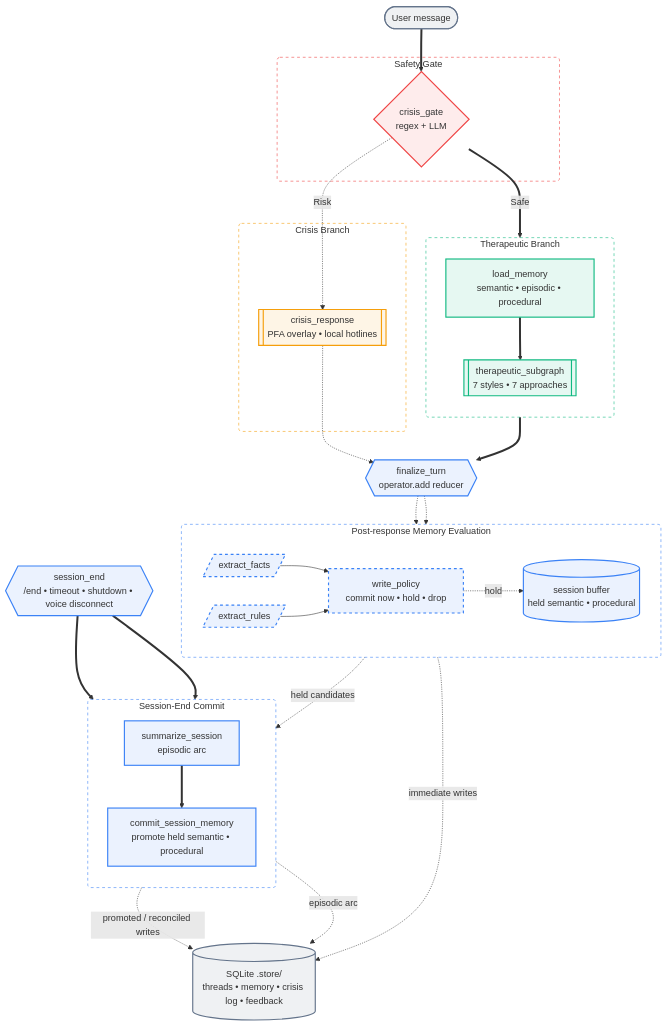
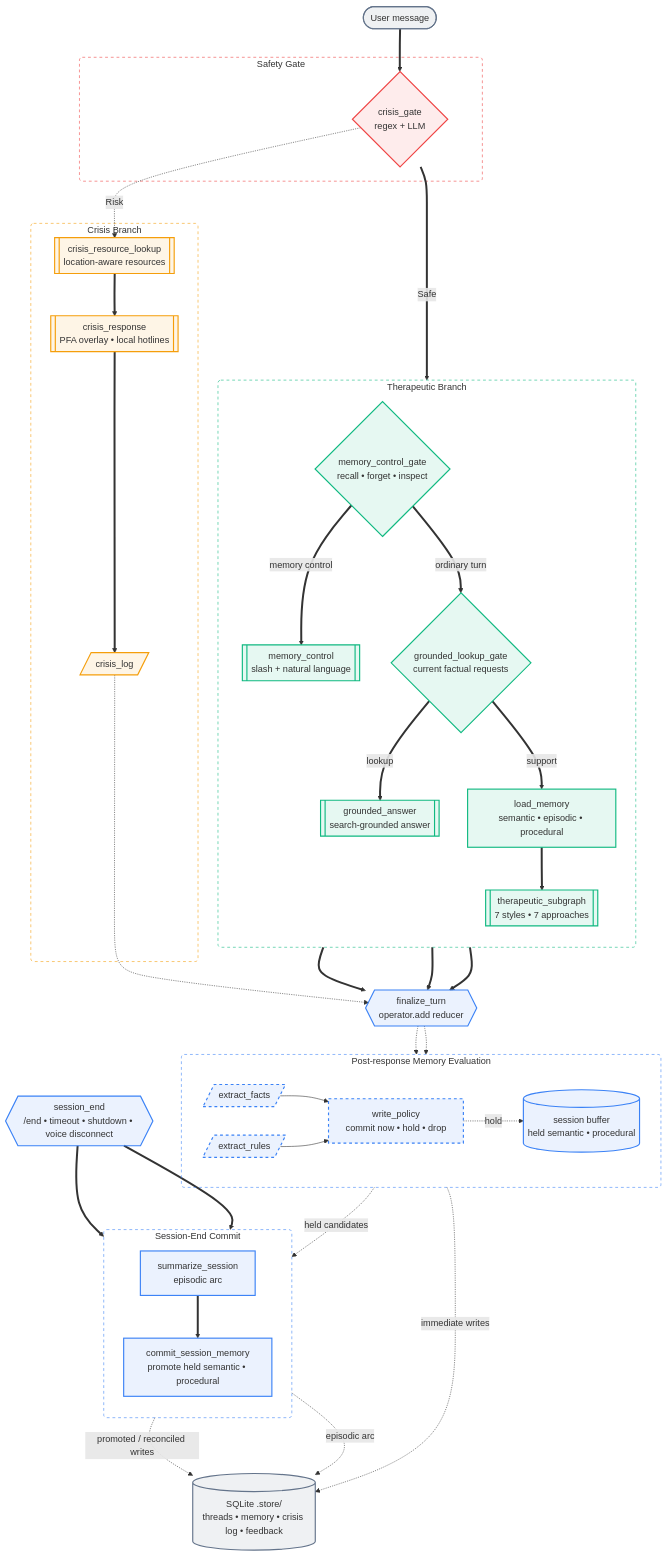
One commit to whanyu1212/OpenCouch changed the diagram in README.md. Above: the diagram before and after it, drawn with Mermaid. The commit also changed other lines of this file and 136 other files, not shown here.

First line of the commit message:
feat(backend): harden agent UX flows and eval coverage

```diff
--- a/README.md
+++ b/README.md
@@ -167,13 +167,25 @@
 
     subgraph SAFE ["Therapeutic Branch"]
         direction TB
+        MCG{"memory_control_gate<br/>recall • forget • inspect"}:::safeNode
+        MC[["memory_control<br/>slash + natural language"]]:::safeNode
+        GLG{"grounded_lookup_gate<br/>current factual requests"}:::safeNode
+        GA[["grounded_answer<br/>search-grounded answer"]]:::safeNode
         LM["load_memory<br/>semantic • episodic • procedural"]:::safeNode
         TS[["therapeutic_subgraph<br/>7 styles • 7 approaches"]]:::safeNode
+        MCG ==>|memory control| MC
+        MCG ==>|ordinary turn| GLG
+        GLG ==>|lookup| GA
+        GLG ==>|support| LM
         LM ==> TS
     end
 
     subgraph RISK ["Crisis Branch"]
+        RL[["crisis_resource_lookup<br/>location-aware resources"]]:::riskNode
         CR[["crisis_response<br/>PFA overlay • local hotlines"]]:::riskNode
+        CL[/"crisis_log"/]:::riskNode
+        RL ==> CR
+        CR ==> CL
     end
 
     FT{{"finalize_turn<br/>operator.add reducer"}}:::sysNode
@@ -202,10 +214,12 @@
 
     %% Logic Flows
     IN ==> CG
-    CG ==>|Safe| LM
-    CG -.->|Risk| CR
+    CG ==>|Safe| MCG
+    CG -.->|Risk| RL
+    MC ==> FT
+    GA ==> FT
     TS ==> FT
-    CR -.-> FT
+    CL -.-> FT
     FT -.-> EF
     FT -.-> EP
     PW -.->|immediate writes| DB
```
